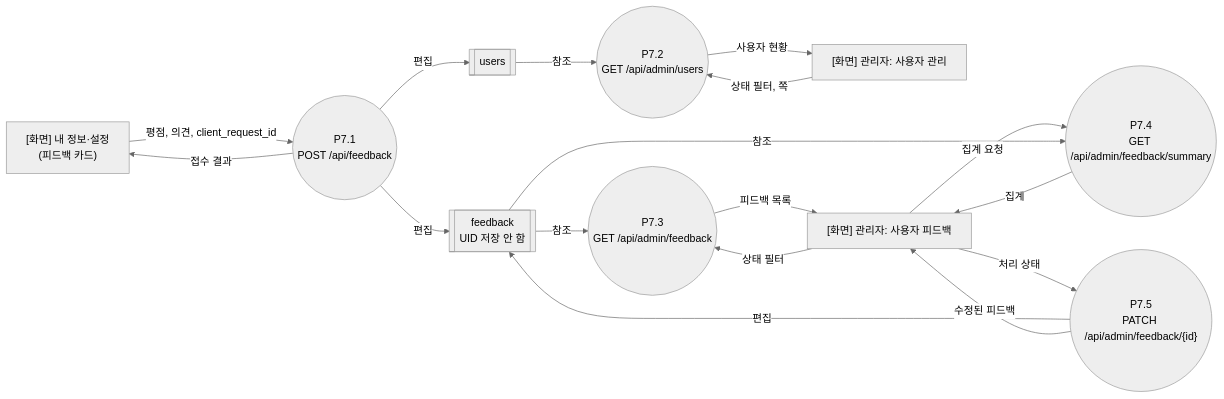
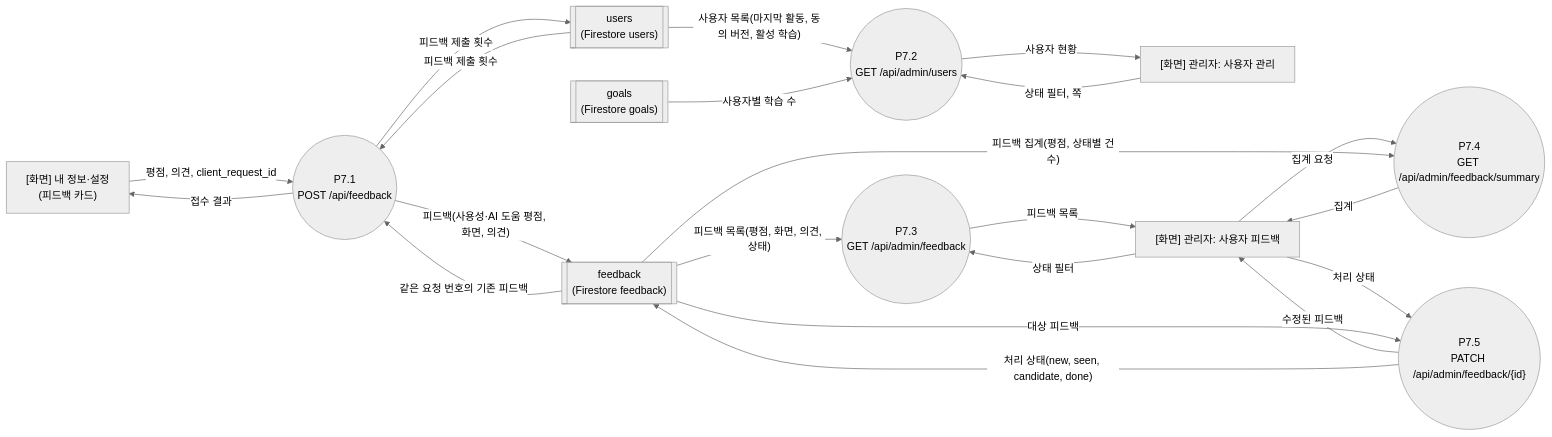
Diagram 11 of 13 in docs/architecture_dfd.md (yong05610/ai-n-fprj), drawn with Mermaid (neutral theme) before and after one commit. The commit also changed other lines of this file, not shown here.

Commit message:
docs: DFD data stores match ERD table names (one per table), arrows carry information names; fix P2.3 (reads learning_documents, not goals)

````diff
--- a/docs/architecture_dfd.md
+++ b/docs/architecture_dfd.md
@@ -516,30 +583,35 @@
 ```mermaid
 %%{init: {"flowchart": {"curve": "basis"}}}%%
 flowchart LR
     S1["[화면] 내 정보·설정<br/>(피드백 카드)"]
     S2["[화면] 관리자: 사용자 관리"]
     S3["[화면] 관리자: 사용자 피드백"]
     P71(("P7.1<br/>POST /api/feedback"))
     P72(("P7.2<br/>GET /api/admin/users"))
     P73(("P7.3<br/>GET /api/admin/feedback"))
     P74(("P7.4<br/>GET /api/admin/feedback/summary"))
     P75(("P7.5<br/>PATCH /api/admin/feedback/{id}"))
-    DF[["feedback<br/>UID 저장 안 함"]]
-    DU[["users"]]
     S1 -->|"평점, 의견, client_request_id"| P71
-    P71 -->|"편집"| DF
-    P71 -->|"편집"| DU
     P71 -->|"접수 결과"| S1
     S2 -->|"상태 필터, 쪽"| P72
-    DU -->|"참조"| P72
     P72 -->|"사용자 현황"| S2
     S3 -->|"상태 필터"| P73
-    DF -->|"참조"| P73
     P73 -->|"피드백 목록"| S3
     S3 -->|"집계 요청"| P74
-    DF -->|"참조"| P74
     P74 -->|"집계"| S3
     S3 -->|"처리 상태"| P75
-    P75 -->|"편집"| DF
     P75 -->|"수정된 피드백"| S3
+    DFB[["feedback<br/>(Firestore feedback)"]]
+    DUS[["users<br/>(Firestore users)"]]
+    DGO[["goals<br/>(Firestore goals)"]]
+    DFB -->|"같은 요청 번호의 기존 피드백"| P71
+    DUS -->|"피드백 제출 횟수"| P71
+    P71 -->|"피드백(사용성·AI 도움 평점, 화면, 의견)"| DFB
+    P71 -->|"피드백 제출 횟수"| DUS
+    DUS -->|"사용자 목록(마지막 활동, 동의 버전, 활성 학습)"| P72
+    DGO -->|"사용자별 학습 수"| P72
+    DFB -->|"피드백 목록(평점, 화면, 의견, 상태)"| P73
+    DFB -->|"피드백 집계(평점, 상태별 건수)"| P74
+    DFB -->|"대상 피드백"| P75
+    P75 -->|"처리 상태(new, seen, candidate, done)"| DFB
 ```
````
